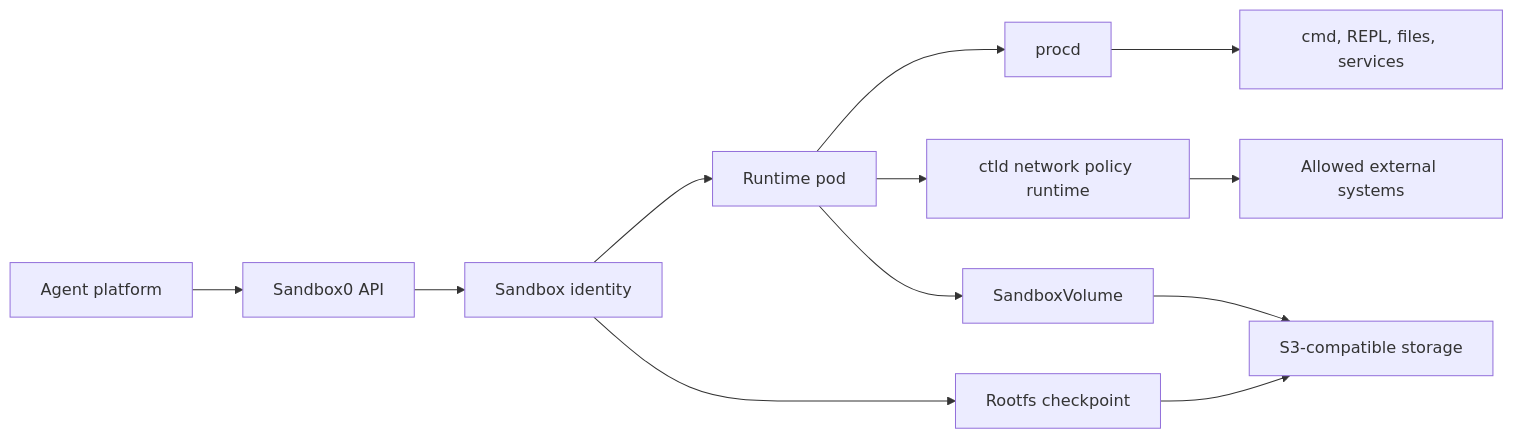
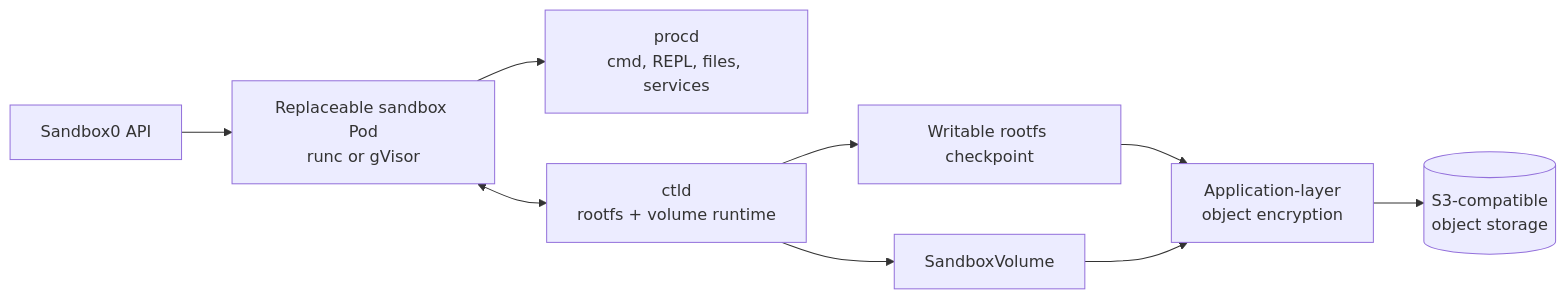
One commit to sandbox0-ai/sandbox0 changed the first of 2 diagrams in README.md. Above: the diagram before and after it, drawn with Mermaid. The commit also changed other lines of this file, not shown here.

Commit message:
docs: sharpen Sandbox0 README positioning

````diff
--- a/README.md
+++ b/README.md
@@ -34,14 +111,11 @@
 ```mermaid
 flowchart LR
-    platform["Agent platform"] --> api["Sandbox0 API"]
-    api --> sandbox["Sandbox identity"]
-    sandbox --> runtime["Runtime pod"]
-    runtime --> procd["procd"]
-    procd --> work["cmd, REPL, files, services"]
-    sandbox --> rootfs["Rootfs checkpoint"]
-    runtime --> volume["SandboxVolume"]
-    runtime --> network["ctld network policy runtime"]
-    network --> external["Allowed external systems"]
-    rootfs --> object["S3-compatible storage"]
-    volume --> object["S3-compatible storage"]
+    api["Sandbox0 API"] --> pod["Replaceable sandbox Pod<br/>runc or gVisor"]
+    pod --> procd["procd<br/>cmd, REPL, files, services"]
+    pod <--> ctld["ctld<br/>rootfs + volume runtime"]
+    ctld --> rootfs["Writable rootfs checkpoint"]
+    ctld --> volume["SandboxVolume"]
+    rootfs --> encryption["Application-layer<br/>object encryption"]
+    volume --> encryption
+    encryption --> object[("S3-compatible<br/>object storage")]
 ```
````
